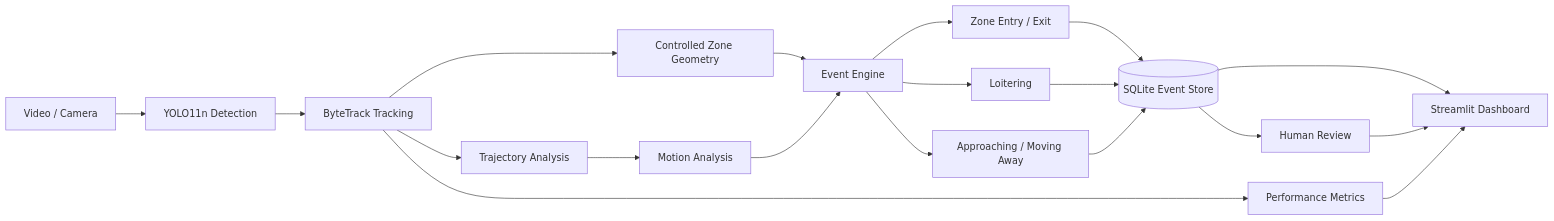
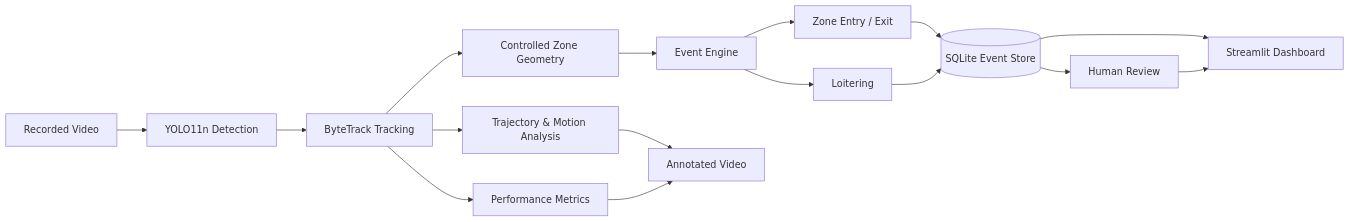
One commit to zelihakb/edge-situational-awareness changed the diagram in README.md. Above: the diagram before and after it, drawn with Mermaid. The commit also changed other lines of this file and 2 other files, not shown here.

````diff
--- a/README.md
+++ b/README.md
@@ -32,29 +35,25 @@
 ```mermaid
 flowchart LR
-    A[Video / Camera] --> B[YOLO11n Detection]
+    A[Recorded Video] --> B[YOLO11n Detection]
     B --> C[ByteTrack Tracking]
 
-    C --> D[Trajectory Analysis]
-    C --> E[Controlled Zone Geometry]
+    C --> D[Controlled Zone Geometry]
+    C --> E[Trajectory & Motion Analysis]
 
-    D --> F[Motion Analysis]
-    E --> G[Event Engine]
+    D --> F[Event Engine]
 
-    F --> G
+    F --> G[Zone Entry / Exit]
+    F --> H[Loitering]
 
-    G --> H[Zone Entry / Exit]
-    G --> I[Loitering]
-    G --> J[Approaching / Moving Away]
+    G --> I[(SQLite Event Store)]
+    H --> I
 
-    H --> K[(SQLite Event Store)]
-    I --> K
+    I --> J[Human Review]
+    I --> K[Streamlit Dashboard]
+
     J --> K
 
-    K --> L[Human Review]
-    K --> M[Streamlit Dashboard]
-
-    L --> M
-
-    C --> N[Performance Metrics]
-    N --> M
+    E --> L[Annotated Video]
+    C --> M[Performance Metrics]
+    M --> L
 ```
````
